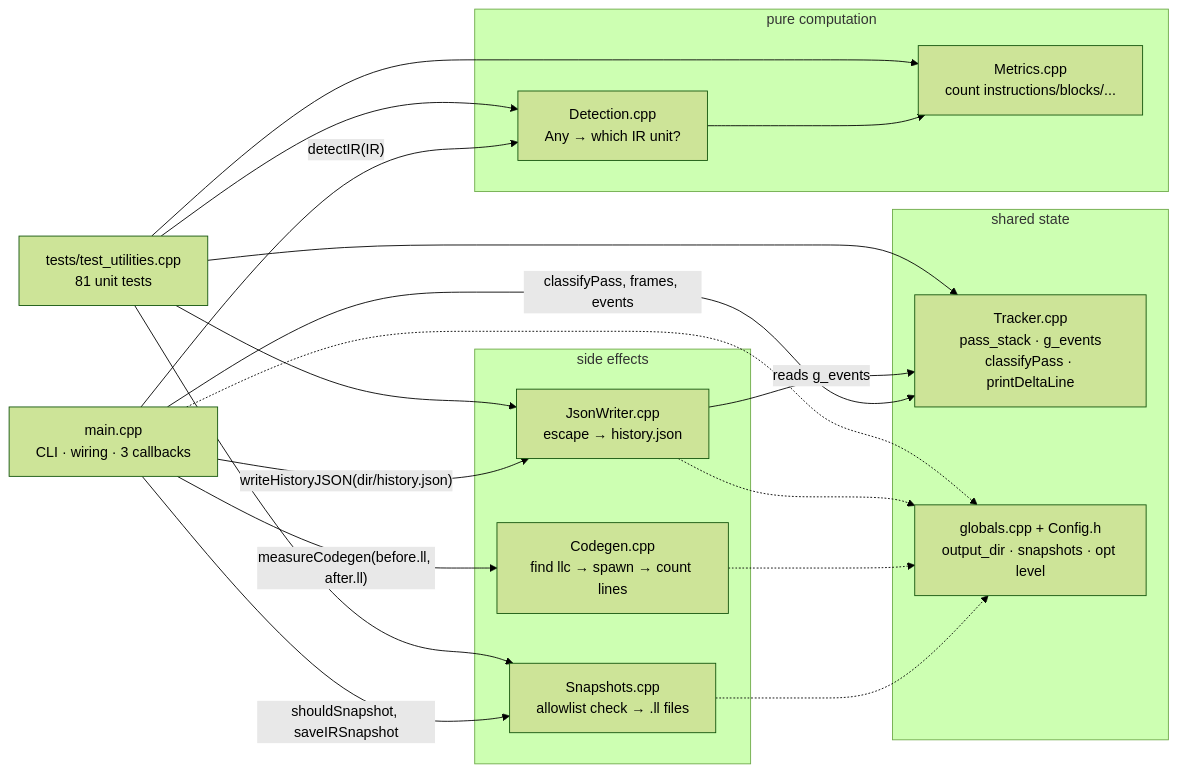
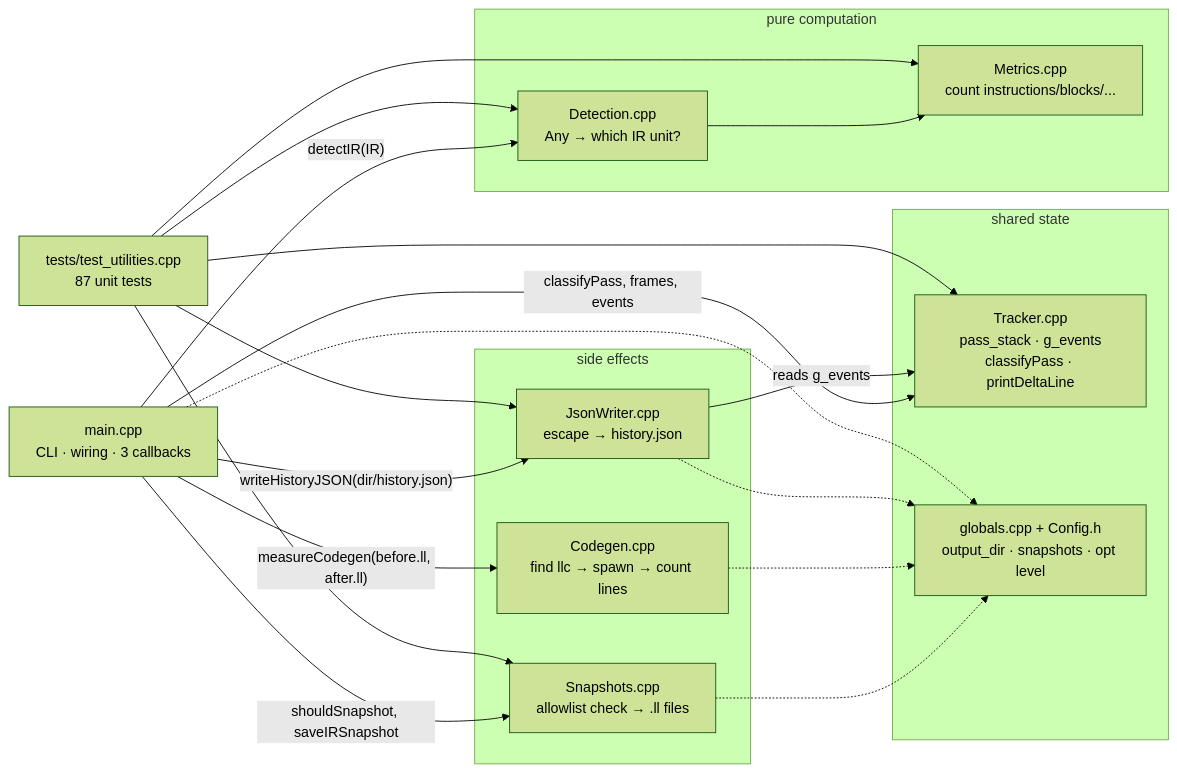
The third of 3 diagrams in docs/architecture/DATA_FLOW.md (rithesh-4/LPTA), drawn with Mermaid (forest theme) before and after one commit. The commit also changed 2 other files, not shown here.

Commit message:
Docs: unit test count 81 -> 87

````diff
--- a/docs/architecture/DATA_FLOW.md
+++ b/docs/architecture/DATA_FLOW.md
@@ -125,39 +125,39 @@
 ```mermaid
 flowchart LR
     MAIN["main.cpp<br/>CLI · wiring · 3 callbacks"]
 
     subgraph COMPUTE["pure computation"]
         DETC["Detection.cpp<br/>Any → which IR unit?"]
         METC["Metrics.cpp<br/>count instructions/blocks/..."]
     end
 
     subgraph STATE["shared state"]
         TRK["Tracker.cpp<br/>pass_stack · g_events<br/>classifyPass · printDeltaLine"]
         GLB["globals.cpp + Config.h<br/>output_dir · snapshots · opt level"]
     end
 
     subgraph SIDE["side effects"]
         SNAP["Snapshots.cpp<br/>allowlist check → .ll files"]
         CODE["Codegen.cpp<br/>find llc → spawn → count lines"]
         JW["JsonWriter.cpp<br/>escape → history.json"]
     end
 
-    TEST["tests/test_utilities.cpp<br/>81 unit tests"]
+    TEST["tests/test_utilities.cpp<br/>87 unit tests"]
 
     MAIN -->|"detectIR(IR)"| DETC
     DETC --> METC
     MAIN -->|"classifyPass, frames, events"| TRK
     MAIN -->|"shouldSnapshot, saveIRSnapshot"| SNAP
     MAIN -->|"measureCodegen(before.ll, after.ll)"| CODE
     MAIN -->|"writeHistoryJSON(dir/history.json)"| JW
     JW -->|"reads g_events"| TRK
     SNAP -.-> GLB
     CODE -.-> GLB
     JW -.-> GLB
     MAIN -.-> GLB
     TEST --> METC
     TEST --> TRK
     TEST --> JW
     TEST --> SNAP
     TEST --> DETC
 ```
````
